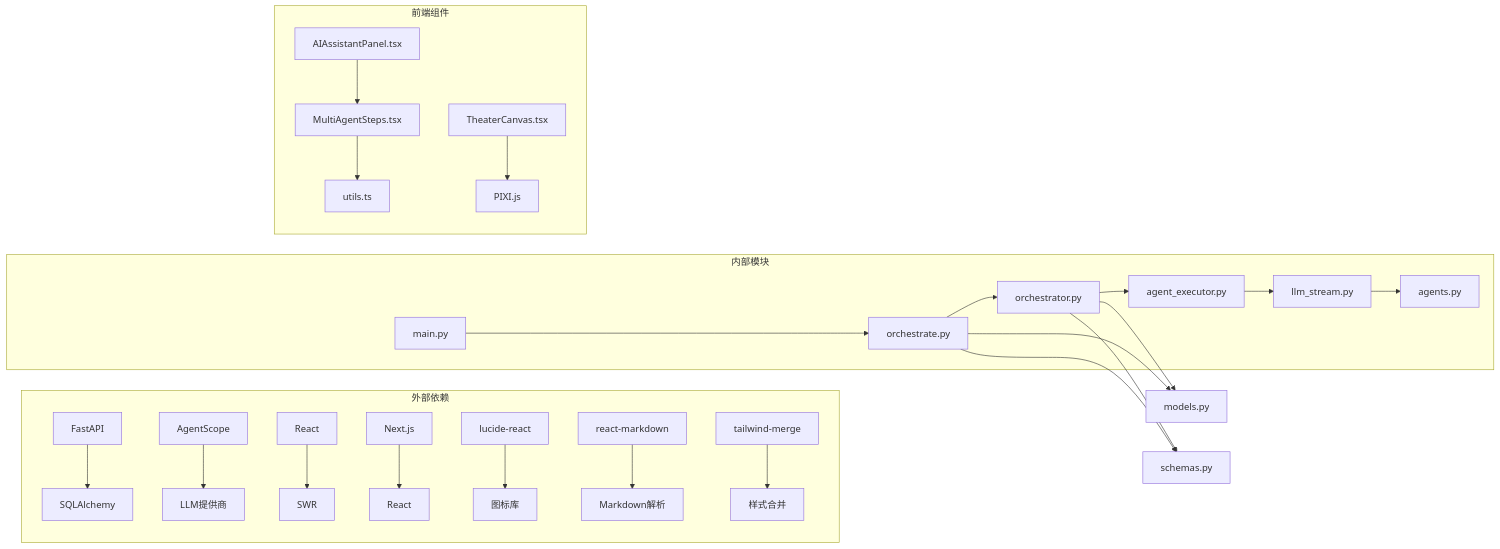
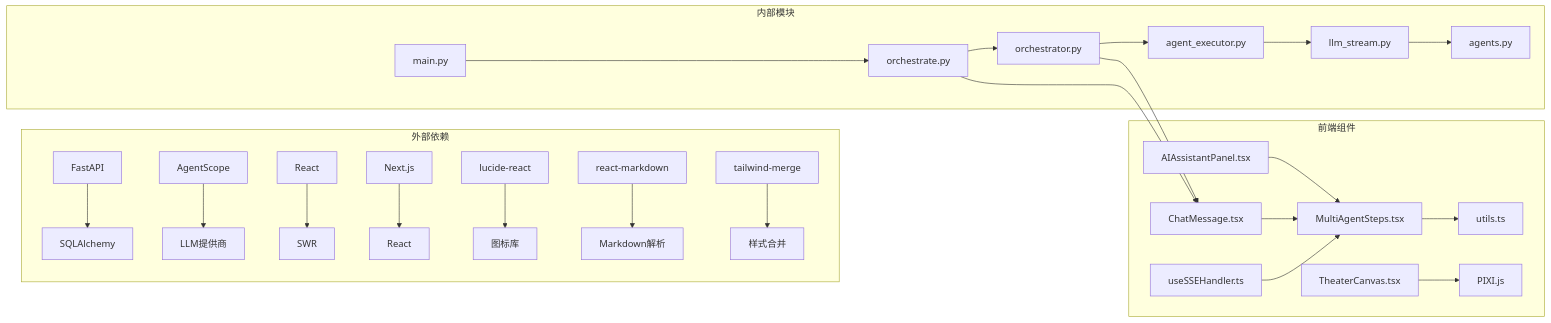
One commit to KunLabAI/KunFlix changed the ninth of 9 diagrams in .qoder/repowiki/zh/content/后台管理系统/多智能体步骤显示.md. Above: the diagram before and after it, drawn with Mermaid. The commit also changed other lines of this file and 12 other files, not shown here.

````diff
--- a/.qoder/repowiki/zh/content/后台管理系统/多智能体步骤显示.md
+++ b/.qoder/repowiki/zh/content/后台管理系统/多智能体步骤显示.md
@@ -384,28 +427,28 @@
 ```mermaid
 graph LR
 subgraph "外部依赖"
 A[FastAPI] --> B[SQLAlchemy]
 C[AgentScope] --> D[LLM提供商]
 E[React] --> F[SWR]
 G[Next.js] --> H[React]
 I[lucide-react] --> J[图标库]
 K[react-markdown] --> L[Markdown解析]
 M[tailwind-merge] --> N[样式合并]
 end
 subgraph "内部模块"
 O[orchestrator.py] --> P[agent_executor.py]
 P --> Q[llm_stream.py]
 Q --> R[agents.py]
 S[orchestrate.py] --> O
 T[main.py] --> S
 end
 subgraph "前端组件"
 U[MultiAgentSteps.tsx] --> V[utils.ts]
 W[AIAssistantPanel.tsx] --> U
 X[TheaterCanvas.tsx] --> Y[PIXI.js]
+Z[ChatMessage.tsx] --> U
+AA[useSSEHandler.ts] --> U
 end
-O --> Z[models.py]
-O --> AA[schemas.py]
+O --> Z
 S --> Z
-S --> AA
 ```
````
